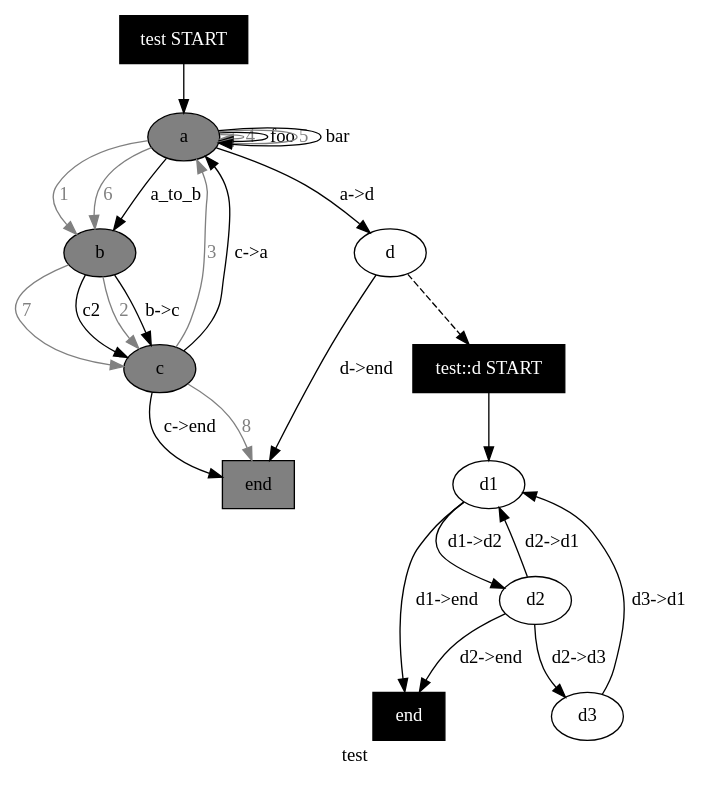
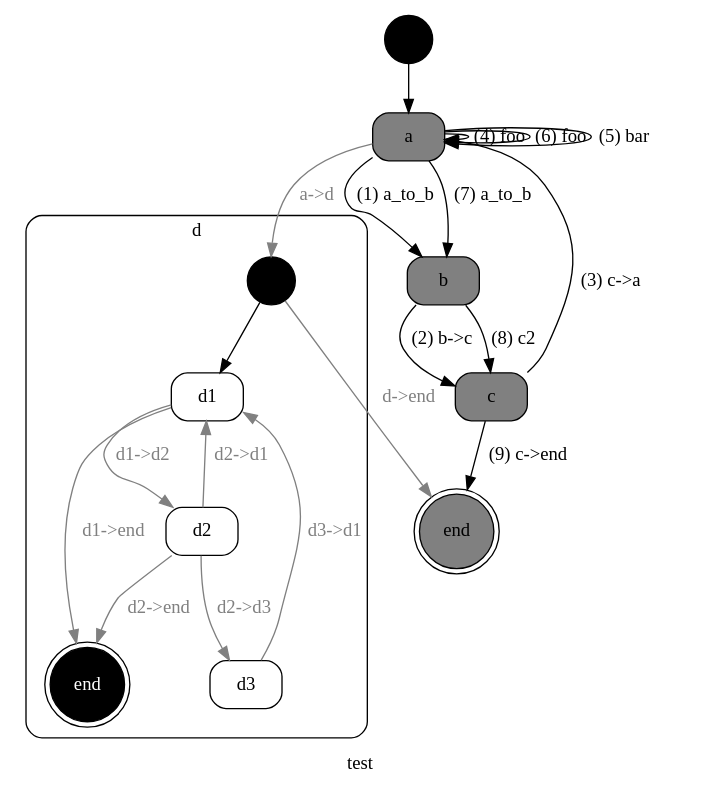
One commit to kstephens/red_steak changed the diagram in example/red_steak-test-history.dot. Above: the diagram before and after it, drawn with Graphviz. The commit also changed 16 other files, not shown here.

```diff
--- a/example/red_steak-test-history.dot
+++ b/example/red_steak-test-history.dot
@@ -1,97 +1,93 @@
 
 // {#<RedSteak::Statemachine [:test]>
-digraph {
-  label = "test"
-  "test_START" [ shape="rectangle", label="test START", style=filled, fillcolor=black, fontcolor=white ]; 
+digraph x1 {
+  label="test"; 
+  node [ shape="circle", label="", style=filled, fillcolor=black ] x1_START; 
 
 // #<RedSteak::State [:a]>
-"test_a" [ shape="oval", label="a", style=filled, color=black, fillcolor=grey, fontcolor=black ];
-"test_START" -> "test_a";
+  node [ shape="box", label="a", style="filled,rounded", color=black, fillcolor=grey, fontcolor=black ] x2;
 
 // #<RedSteak::State [:b]>
-"test_b" [ shape="oval", label="b", style=filled, color=black, fillcolor=grey, fontcolor=black ];
+  node [ shape="box", label="b", style="filled,rounded", color=black, fillcolor=grey, fontcolor=black ] x3;
 
 // #<RedSteak::State [:c]>
-"test_c" [ shape="oval", label="c", style=filled, color=black, fillcolor=grey, fontcolor=black ];
+  node [ shape="box", label="c", style="filled,rounded", color=black, fillcolor=grey, fontcolor=black ] x4;
 
 // #<RedSteak::State [:end]>
-"test_end" [ shape="rectangle", label="end", style=filled, color=black, fillcolor=grey, fontcolor=black ];
+  node [ shape="doublecircle", label="end", style="filled,rounded", color=black, fillcolor=grey, fontcolor=black ] x5;
 
 // #<RedSteak::State [:d]>
-"test_d" [ shape="oval", label="d", style=filled, color=black, fillcolor=white, fontcolor=black ];
 
 // {#<RedSteak::Statemachine [:test, :d, :d]>
-subgraph test_d {
-  label = "test::d"
-  "test_d_START" [ shape="rectangle", label="test::d START", style=filled, fillcolor=black, fontcolor=white ]; 
+subgraph cluster_x6 {
+  label="d"; 
+  shape="box"; 
+  style="filled,rounded"; 
+  fillcolor="white"; 
+  fontcolor="black"; 
+  node [ shape="circle", label="", style=filled, fillcolor=black ] x6_START; 
 
-// #<RedSteak::State [:d]>
-"test_d_d1" [ shape="oval", label="d1", style=filled, color=black, fillcolor=white, fontcolor=black ];
-"test_d_START" -> "test_d_d1";
+// #<RedSteak::State [:d, :d1]>
+  node [ shape="box", label="d1", style="filled,rounded", color=black, fillcolor=white, fontcolor=black ] x7;
 
-// #<RedSteak::State [:d]>
-"test_d_d2" [ shape="oval", label="d2", style=filled, color=black, fillcolor=white, fontcolor=black ];
+// #<RedSteak::State [:d, :d2]>
+  node [ shape="box", label="d2", style="filled,rounded", color=black, fillcolor=white, fontcolor=black ] x8;
 
-// #<RedSteak::State [:d]>
-"test_d_end" [ shape="rectangle", label="end", style=filled, color=black, fillcolor=black, fontcolor=white ];
+// #<RedSteak::State [:d, :end]>
+  node [ shape="doublecircle", label="end", style="filled,rounded", color=black, fillcolor=black, fontcolor=white ] x9;
 
-// #<RedSteak::State [:d]>
-"test_d_d3" [ shape="oval", label="d3", style=filled, color=black, fillcolor=white, fontcolor=black ];
-
-// #<RedSteak::Transition d1 === d1->d2 ==> d2>
-"test_d_d1" -> "test_d_d2" [ label="d1->d2", color=black ];
-
-// #<RedSteak::Transition d1 === d1->end ==> end>
-"test_d_d1" -> "test_d_end" [ label="d1->end", color=black ];
-
-// #<RedSteak::Transition d2 === d2->d1 ==> d1>
-"test_d_d2" -> "test_d_d1" [ label="d2->d1", color=black ];
-
-// #<RedSteak::Transition d2 === d2->end ==> end>
-"test_d_d2" -> "test_d_end" [ label="d2->end", color=black ];
-
-// #<RedSteak::Transition d3 === d3->d1 ==> d1>
-"test_d_d3" -> "test_d_d1" [ label="d3->d1", color=black ];
-
-// #<RedSteak::Transition d2 === d2->d3 ==> d3>
-"test_d_d2" -> "test_d_d3" [ label="d2->d3", color=black ];
+// #<RedSteak::State [:d, :d3]>
+  node [ shape="box", label="d3", style="filled,rounded", color=black, fillcolor=white, fontcolor=black ] x10;
 }
 // } #<RedSteak::Statemachine [:test, :d, :d]>
-"test_d" -> "test_d_START" [ style=dashed ];
 
-// #<RedSteak::Transition a === foo ==> a>
-"test_a" -> "test_a" [ label="4", color=gray, fontcolor=gray ];
-"test_a" -> "test_a" [ label="foo", color=black ];
+// #<RedSteak::Transition :foo :a -> :a>
+x2 -> x2 [ label="(4) foo", color=black, fontcolor=black ];
+x2 -> x2 [ label="(6) foo", color=black, fontcolor=black ];
 
-// #<RedSteak::Transition a === bar ==> a>
-"test_a" -> "test_a" [ label="5", color=gray, fontcolor=gray ];
-"test_a" -> "test_a" [ label="bar", color=black ];
+// #<RedSteak::Transition :bar :a -> :a>
+x2 -> x2 [ label="(5) bar", color=black, fontcolor=black ];
 
-// #<RedSteak::Transition a === a_to_b ==> b>
-"test_a" -> "test_b" [ label="1", color=gray, fontcolor=gray ];
-"test_a" -> "test_b" [ label="6", color=gray, fontcolor=gray ];
-"test_a" -> "test_b" [ label="a_to_b", color=black ];
+// #<RedSteak::Transition :a_to_b :a -> :b>
+x2 -> x3 [ label="(1) a_to_b", color=black, fontcolor=black ];
+x2 -> x3 [ label="(7) a_to_b", color=black, fontcolor=black ];
 
-// #<RedSteak::Transition b === b->c ==> c>
-"test_b" -> "test_c" [ label="2", color=gray, fontcolor=gray ];
-"test_b" -> "test_c" [ label="b->c", color=black ];
+// #<RedSteak::Transition :"b->c" :b -> :c>
+x3 -> x4 [ label="(2) b->c", color=black, fontcolor=black ];
 
-// #<RedSteak::Transition b === c2 ==> c>
-"test_b" -> "test_c" [ label="7", color=gray, fontcolor=gray ];
-"test_b" -> "test_c" [ label="c2", color=black ];
+// #<RedSteak::Transition :c2 :b -> :c>
+x3 -> x4 [ label="(8) c2", color=black, fontcolor=black ];
 
-// #<RedSteak::Transition c === c->a ==> a>
-"test_c" -> "test_a" [ label="3", color=gray, fontcolor=gray ];
-"test_c" -> "test_a" [ label="c->a", color=black ];
+// #<RedSteak::Transition :"c->a" :c -> :a>
+x4 -> x2 [ label="(3) c->a", color=black, fontcolor=black ];
 
-// #<RedSteak::Transition c === c->end ==> end>
-"test_c" -> "test_end" [ label="8", color=gray, fontcolor=gray ];
-"test_c" -> "test_end" [ label="c->end", color=black ];
+// #<RedSteak::Transition :"c->end" :c -> :end>
+x4 -> x5 [ label="(9) c->end", color=black, fontcolor=black ];
 
-// #<RedSteak::Transition a === a->d ==> d>
-"test_a" -> "test_d" [ label="a->d", color=black ];
+// #<RedSteak::Transition :"a->d" :a -> :d>
+x2 -> x6_START [ label="a->d", color=gray, fontcolor=gray ];
 
-// #<RedSteak::Transition d === d->end ==> end>
-"test_d" -> "test_end" [ label="d->end", color=black ];
+// #<RedSteak::Transition :"d->end" :d -> :end>
+x6_START -> x5 [ label="d->end", color=gray, fontcolor=gray ];
+x1_START -> x2;
+
+// #<RedSteak::Transition :"d1->d2" :d1 -> :d2>
+x7 -> x8 [ label="d1->d2", color=gray, fontcolor=gray ];
+
+// #<RedSteak::Transition :"d1->end" :d1 -> :end>
+x7 -> x9 [ label="d1->end", color=gray, fontcolor=gray ];
+
+// #<RedSteak::Transition :"d2->d1" :d2 -> :d1>
+x8 -> x7 [ label="d2->d1", color=gray, fontcolor=gray ];
+
+// #<RedSteak::Transition :"d2->end" :d2 -> :end>
+x8 -> x9 [ label="d2->end", color=gray, fontcolor=gray ];
+
+// #<RedSteak::Transition :"d3->d1" :d3 -> :d1>
+x10 -> x7 [ label="d3->d1", color=gray, fontcolor=gray ];
+
+// #<RedSteak::Transition :"d2->d3" :d2 -> :d3>
+x8 -> x10 [ label="d2->d3", color=gray, fontcolor=gray ];
+x6_START -> x7;
 }
 // } #<RedSteak::Statemachine [:test]>
```
